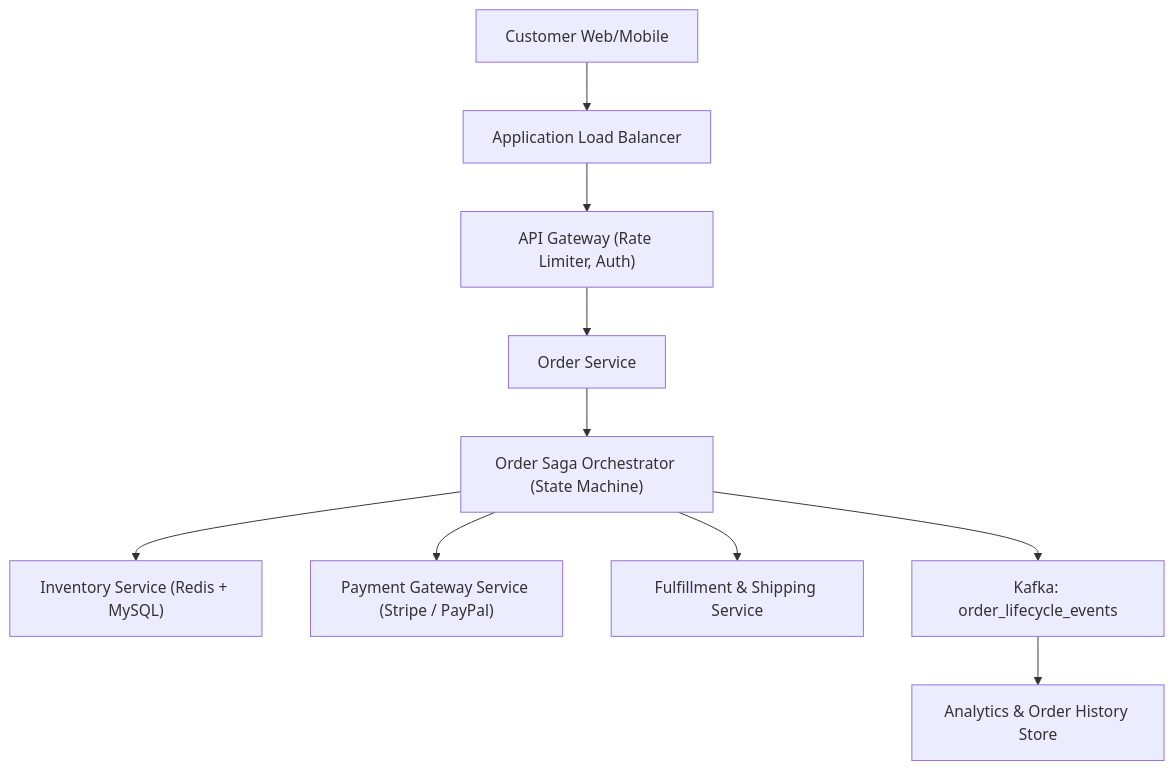
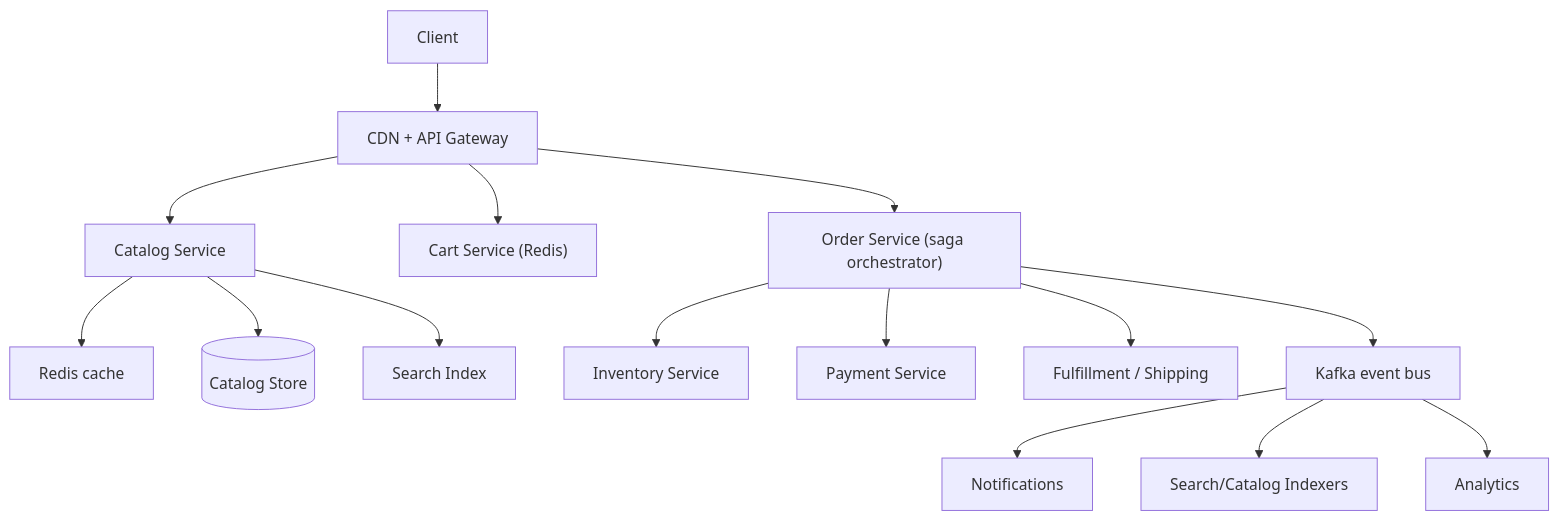
One commit to reddykarthikeya1/AI-Systems-Mastery changed the diagram in 03-High-Level-Design/systems/06-ecommerce-platform.md. Above: the diagram before and after it, drawn with Mermaid. The commit also changed other lines of this file and 9 other files, not shown here.

Commit message:
content(hld): expand 10 case studies with estimates (runnable), API, data model, failure modes, trade-offs, interview timeline

````diff
--- a/03-High-Level-Design/systems/06-ecommerce-platform.md
+++ b/03-High-Level-Design/systems/06-ecommerce-platform.md
@@ -21,15 +52,17 @@
 ```mermaid
 flowchart TD
-    Client["Customer Web/Mobile"] --> ALB["Application Load Balancer"]
-    ALB --> Gateway["API Gateway (Rate Limiter, Auth)"]
-    
-    Gateway --> OrderSvc["Order Service"]
-    OrderSvc --> SagaOrch["Order Saga Orchestrator (State Machine)"]
-    
-    SagaOrch --> InventorySvc["Inventory Service (Redis + MySQL)"]
-    SagaOrch --> PaymentSvc["Payment Gateway Service (Stripe / PayPal)"]
-    SagaOrch --> ShippingSvc["Fulfillment & Shipping Service"]
-    
-    SagaOrch --> Kafka["Kafka: order_lifecycle_events"]
-    Kafka --> Analytics["Analytics & Order History Store"]
+    U["Client"] --> CDN["CDN + API Gateway"]
+    CDN --> Cat["Catalog Service"]
+    Cat --> Cache["Redis cache"]
+    Cat --> Doc[("Catalog Store")]
+    Cat --> Search["Search Index"]
+    CDN --> Cart["Cart Service (Redis)"]
+    CDN --> Ord["Order Service (saga orchestrator)"]
+    Ord --> Inv["Inventory Service"]
+    Ord --> Pay["Payment Service"]
+    Ord --> Ful["Fulfillment / Shipping"]
+    Ord --> Bus["Kafka event bus"]
+    Bus --> Noti["Notifications"]
+    Bus --> Idx["Search/Catalog Indexers"]
+    Bus --> Analytics["Analytics"]
 ```
````
